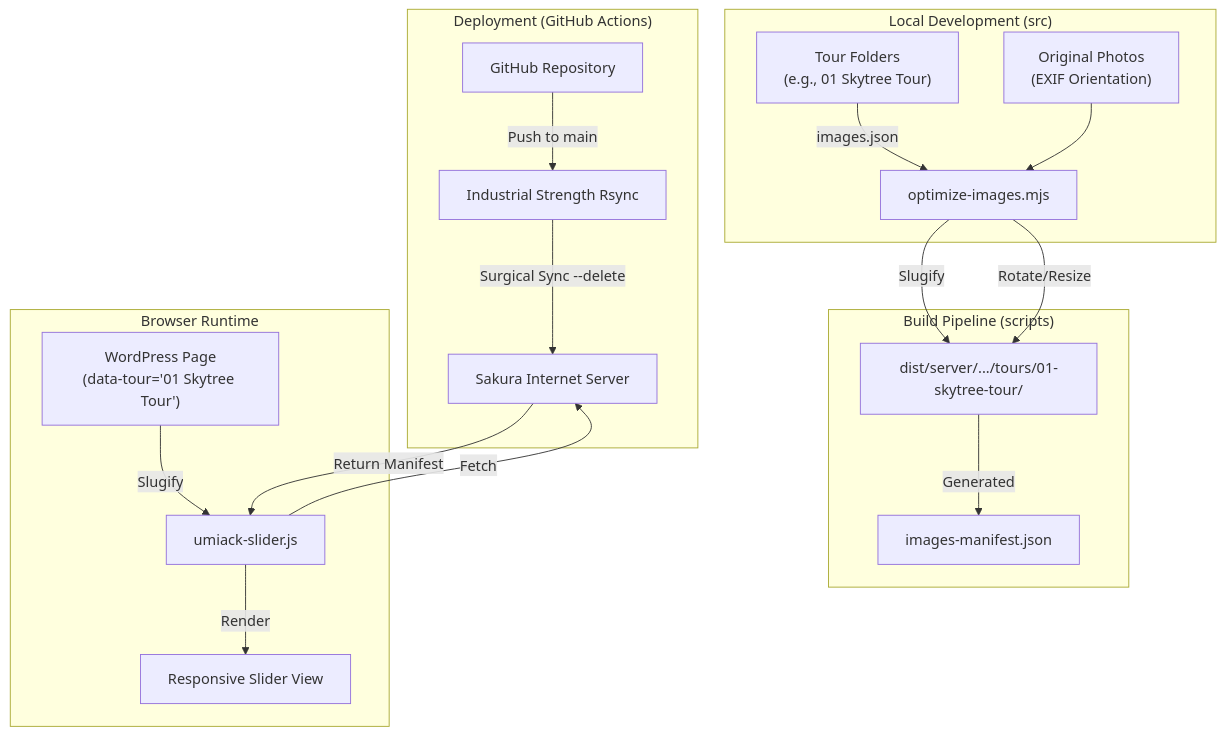
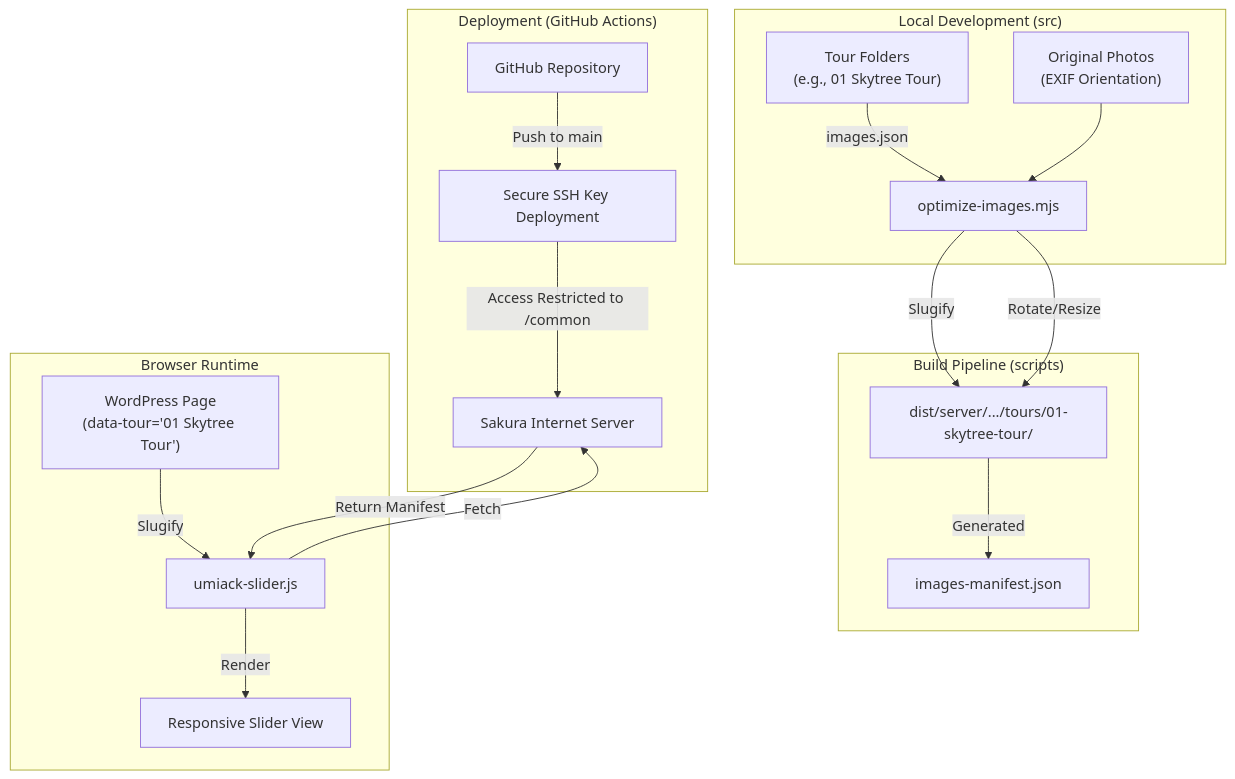
Before and after one commit to ryota-kayak/umiack-common-repository: the diagram in README.md, drawn with Mermaid. The commit also changed other lines of this file and 1 other file, not shown here.

Commit message:
Update README with security architecture and sync loader optimizations

````diff
--- a/README.md
+++ b/README.md
@@ -11,25 +11,25 @@
 ```mermaid
 graph TD
     subgraph "Local Development (src)"
         A["Tour Folders<br/>(e.g., 01 Skytree Tour)"] -->|images.json| B["optimize-images.mjs"]
         P["Original Photos<br/>(EXIF Orientation)"] --> B
     end
 
     subgraph "Build Pipeline (scripts)"
         B -->|Slugify| C["dist/server/.../tours/01-skytree-tour/"]
         B -->|Rotate/Resize| C
         C -->|Generated| D["images-manifest.json"]
     end
 
     subgraph "Deployment (GitHub Actions)"
-        E["GitHub Repository"] -->|Push to main| F["Industrial Strength Rsync"]
-        F -->|Surgical Sync --delete| G["Sakura Internet Server"]
+        E["GitHub Repository"] -->|Push to main| F["Secure SSH Key Deployment"]
+        F -->|Access Restricted to /common| G["Sakura Internet Server"]
     end
 
     subgraph "Browser Runtime"
         H["WordPress Page<br/>(data-tour='01 Skytree Tour')"] -->|Slugify| I["umiack-slider.js"]
         I -->|Fetch| G
         G -->|Return Manifest| I
         I -->|Render| J["Responsive Slider View"]
     end
 ```
````
